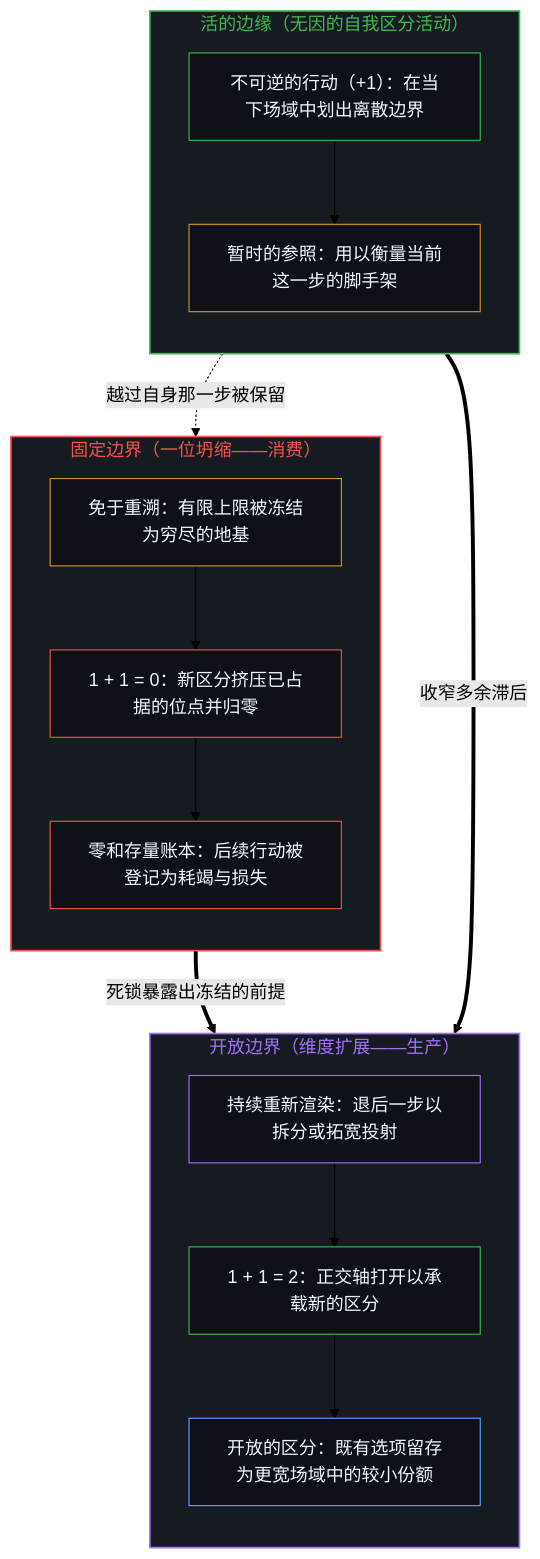
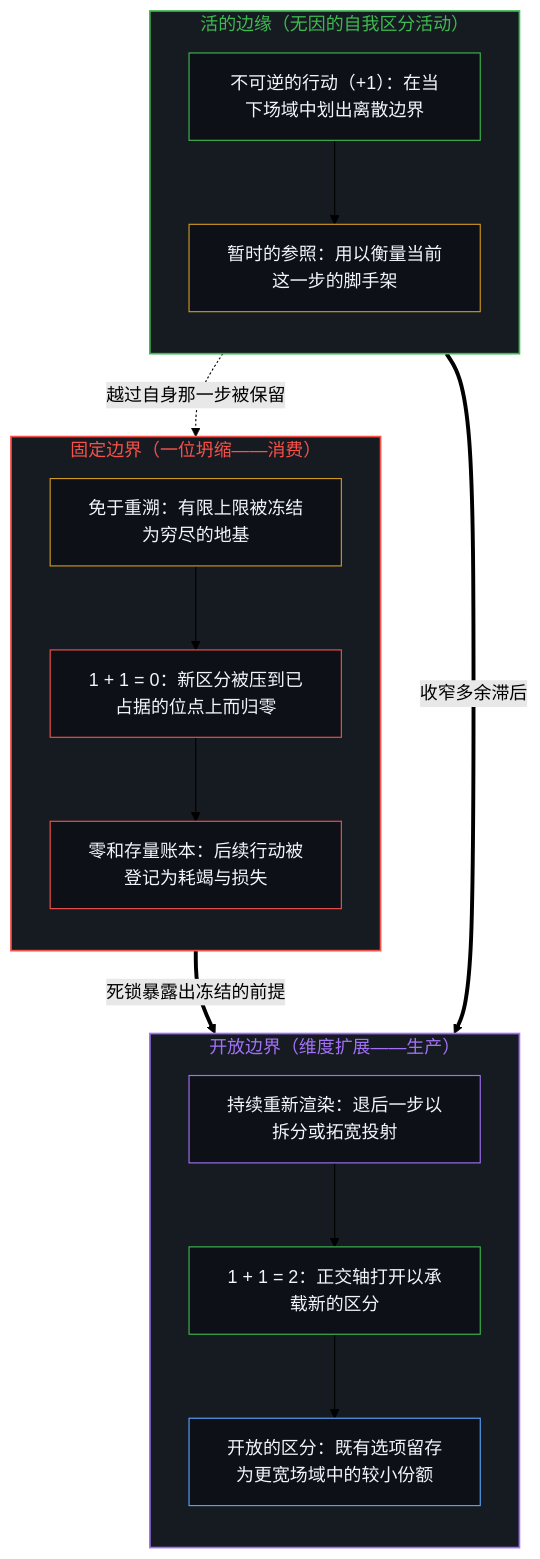
Before and after one commit to powerpig99/not-a-toe: the first of 2 diagrams in content/posts/production-consumption-and-the-minds-distinction.md, drawn with Mermaid (forest theme). The commit also changed other lines of this file and 2 other files, not shown here.

````diff
--- a/content/posts/production-consumption-and-the-minds-distinction.md
+++ b/content/posts/production-consumption-and-the-minds-distinction.md
@@ -27,37 +27,37 @@
 ```mermaid
 flowchart TD
     subgraph S_Edge["活的边缘（无因的自我区分活动）"]
         direction TB
         Act["不可逆的行动（+1）：在当下场域中划出离散边界"]
         Hold["暂时的参照：用以衡量当前这一步的脚手架"]
         Act --> Hold
     end
     subgraph S_Closed["固定边界（一位坍缩——消费）"]
         direction TB
         Exempt["免于重溯：有限上限被冻结为穷尽的地基"]
-        Overflow["1 + 1 = 0：新区分挤压已占据的位点并归零"]
+        Overflow["1 + 1 = 0：新区分被压到已占据的位点上而归零"]
         Stock["零和存量账本：后续行动被登记为耗竭与损失"]
         Exempt --> Overflow --> Stock
     end
     subgraph S_Open["开放边界（维度扩展——生产）"]
         direction TB
         ReRender["持续重新渲染：退后一步以拆分或拓宽投射"]
         Expand["1 + 1 = 2：正交轴打开以承载新的区分"]
         Compound["开放的区分：既有选项留存为更宽场域中的较小份额"]
         ReRender --> Expand --> Compound
     end
     Hold -.->|"越过自身那一步被保留"| Exempt
     Hold ==>|"收窄多余滞后"| ReRender
     Stock ==>|"死锁暴露出冻结的前提"| ReRender
     style S_Edge fill:#161b22,stroke:#3fb950,stroke-width:1.5px,color:#3fb950
     style S_Closed fill:#161b22,stroke:#f85149,stroke-width:1.5px,color:#f85149
     style S_Open fill:#161b22,stroke:#a371f7,stroke-width:1.5px,color:#a371f7
     style Act fill:#0d1117,stroke:#3fb950,stroke-width:1px,color:#f0f6fc
     style Hold fill:#0d1117,stroke:#d29922,stroke-width:1px,color:#f0f6fc
     style Exempt fill:#0d1117,stroke:#d29922,stroke-width:1px,color:#f0f6fc
     style Overflow fill:#0d1117,stroke:#f85149,stroke-width:1px,color:#f0f6fc
     style Stock fill:#0d1117,stroke:#f85149,stroke-width:1px,color:#f0f6fc
     style ReRender fill:#0d1117,stroke:#a371f7,stroke-width:1px,color:#f0f6fc
     style Expand fill:#0d1117,stroke:#3fb950,stroke-width:1px,color:#f0f6fc
     style Compound fill:#0d1117,stroke:#58a6ff,stroke-width:1px,color:#f0f6fc
 ```
````
